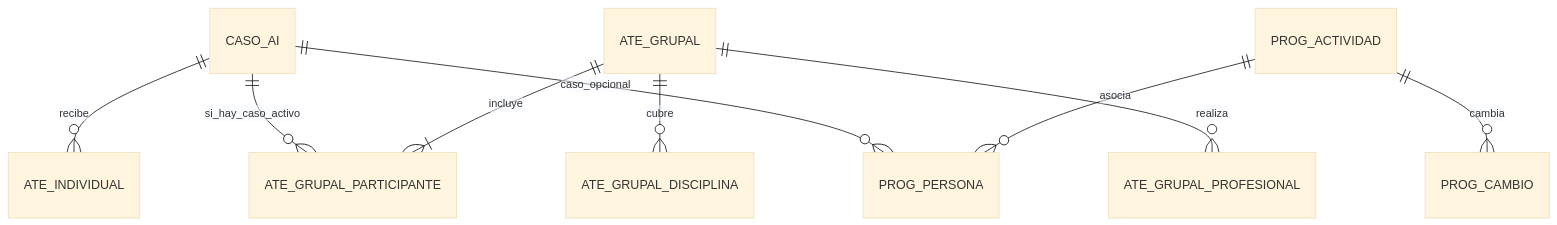
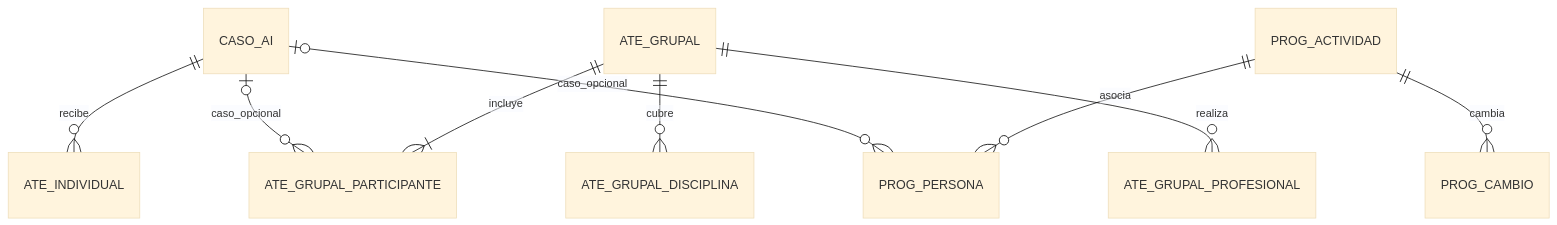
The fourth of 6 diagrams in docs/architecture/database-design/current/DATABASE_DESIGN_DOMAINS.md (sarah03qc/Modulo_SIA), drawn with Mermaid (base theme) before and after one commit. The commit also changed other lines of this file and 45 other files, not shown here.

````diff
--- a/docs/architecture/database-design/current/DATABASE_DESIGN_DOMAINS.md
+++ b/docs/architecture/database-design/current/DATABASE_DESIGN_DOMAINS.md
@@ -70,11 +71,11 @@
 ```mermaid
 erDiagram
     CASO_AI ||--o{ ATE_INDIVIDUAL : recibe
     ATE_GRUPAL ||--|{ ATE_GRUPAL_PARTICIPANTE : incluye
     ATE_GRUPAL ||--o{ ATE_GRUPAL_DISCIPLINA : cubre
     ATE_GRUPAL ||--o{ ATE_GRUPAL_PROFESIONAL : realiza
-    CASO_AI ||--o{ ATE_GRUPAL_PARTICIPANTE : si_hay_caso_activo
+    CASO_AI |o--o{ ATE_GRUPAL_PARTICIPANTE : caso_opcional
     PROG_ACTIVIDAD ||--o{ PROG_CAMBIO : cambia
     PROG_ACTIVIDAD ||--o{ PROG_PERSONA : asocia
-    CASO_AI ||--o{ PROG_PERSONA : caso_opcional
+    CASO_AI |o--o{ PROG_PERSONA : caso_opcional
 ```
````
